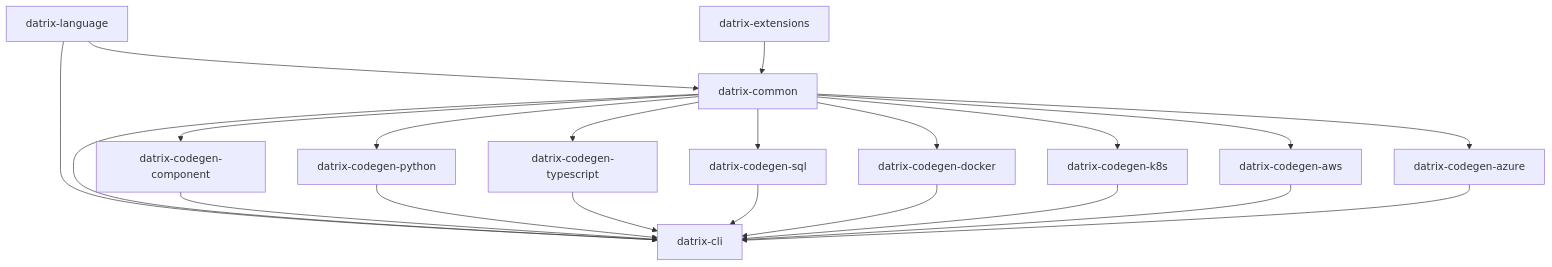
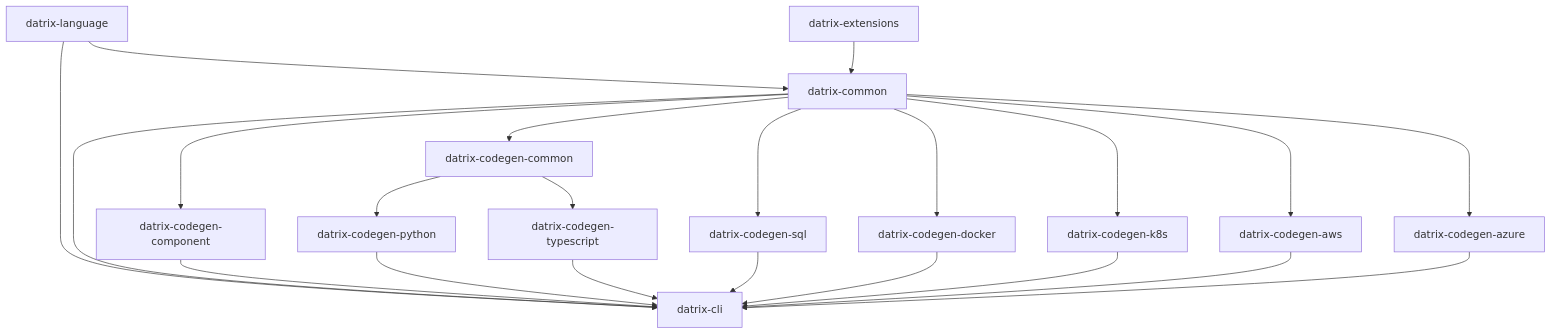
One commit to keturk/datrix changed the diagram in docs/architecture/architecture-overview.md. Above: the diagram before and after it, drawn with Mermaid. The commit also changed other lines of this file, not shown here.

First line of the commit message:
Refresh architecture overview for the current toolchain and capabilities.

````diff
--- a/docs/architecture/architecture-overview.md
+++ b/docs/architecture/architecture-overview.md
@@ -378,24 +409,25 @@
 ```mermaid
 graph TD
  A[datrix-common]
  B[datrix-language] --> A
  L[datrix-extensions] --> A
  A --> CC[datrix-codegen-component]
- A --> D[datrix-codegen-python]
- A --> E[datrix-codegen-typescript]
+ A --> CGC[datrix-codegen-common]
+ CGC --> D[datrix-codegen-python]
+ CGC --> E[datrix-codegen-typescript]
  A --> F[datrix-codegen-sql]
  A --> G[datrix-codegen-docker]
  A --> H[datrix-codegen-k8s]
  A --> I[datrix-codegen-aws]
  A --> J[datrix-codegen-azure]
  B --> K[datrix-cli]
  A --> K
  CC --> K
  D --> K
  E --> K
  F --> K
  G --> K
  H --> K
  I --> K
  J --> K
 ```
````
